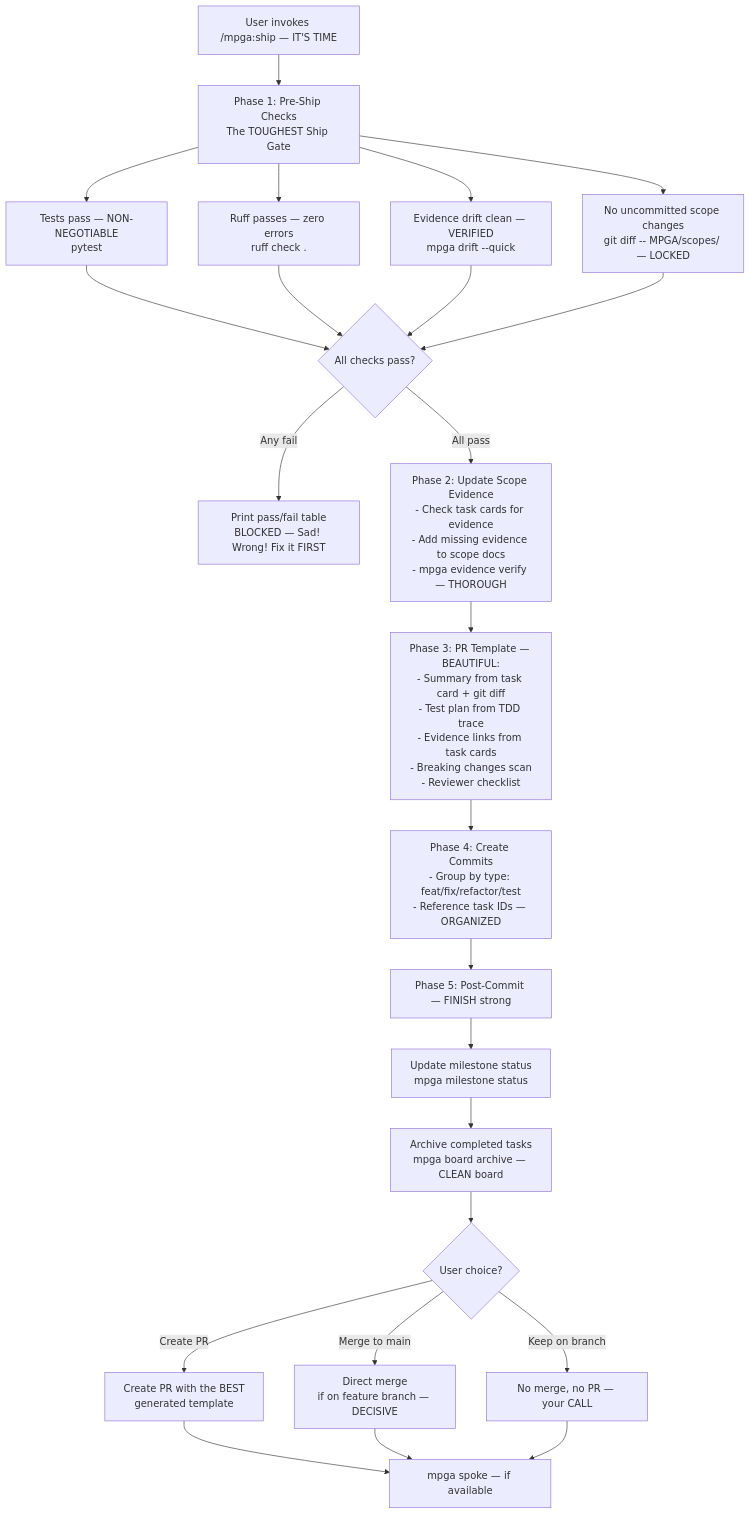
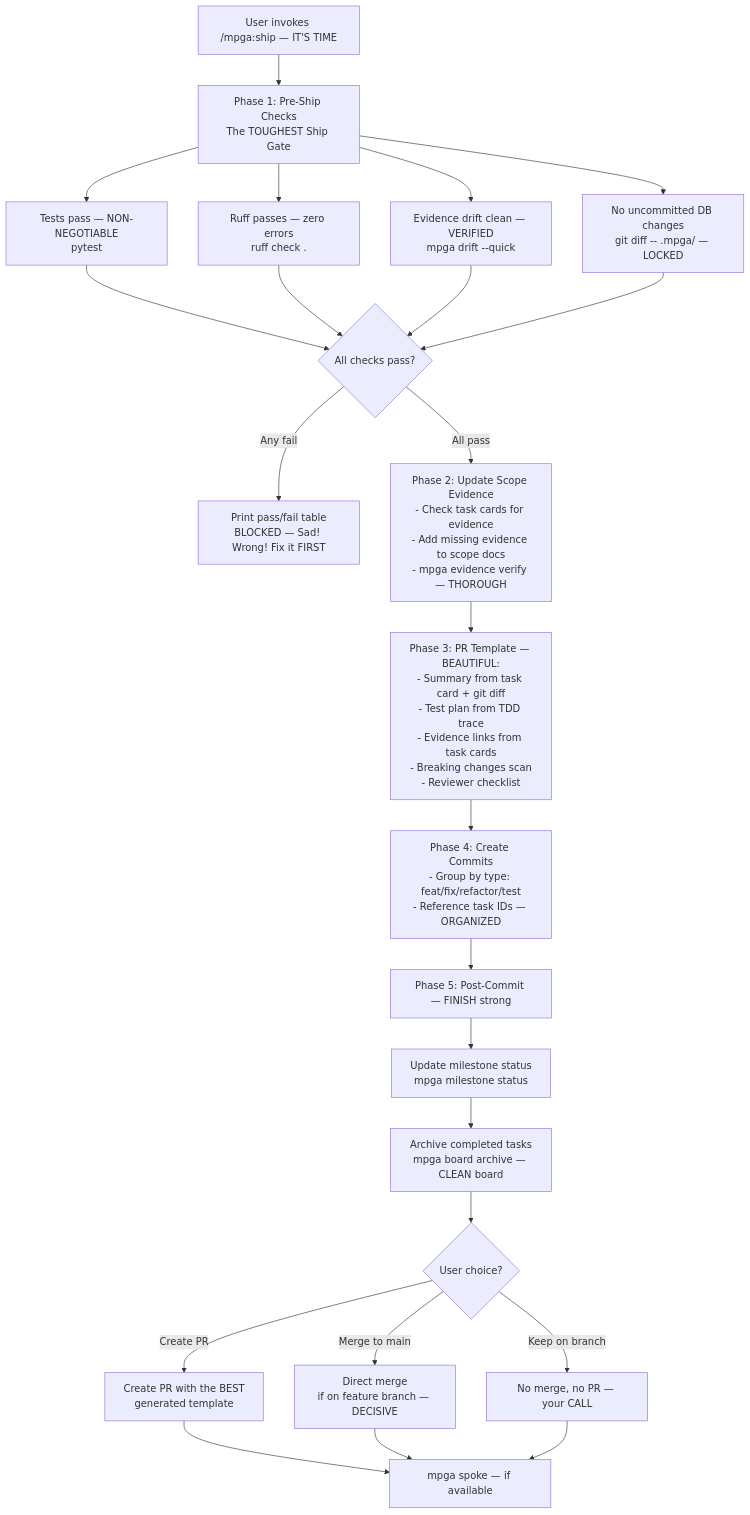
Before and after one commit to benrben/MPGA: the diagram in docs/diagrams/skills/ship.md, drawn with Mermaid. The commit also changed 278 other files, not shown here.

````diff
--- a/docs/diagrams/skills/ship.md
+++ b/docs/diagrams/skills/ship.md
@@ -5,33 +5,33 @@
 ```mermaid
 flowchart TD
     A[User invokes /mpga:ship — IT'S TIME] --> B["Phase 1: Pre-Ship Checks\nThe TOUGHEST Ship Gate"]
 
     B --> C[Tests pass — NON-NEGOTIABLE\npytest]
     B --> D[Ruff passes — zero errors\nruff check .]
     B --> E[Evidence drift clean — VERIFIED\nmpga drift --quick]
-    B --> F["No uncommitted scope changes\ngit diff -- MPGA/scopes/ — LOCKED"]
+    B --> F["No uncommitted DB changes\ngit diff -- .mpga/ — LOCKED"]
 
     C --> H{All checks pass?}
     D --> H
     E --> H
     F --> H
 
     H -->|Any fail| I["Print pass/fail table\nBLOCKED — Sad! Wrong! Fix it FIRST"]
     H -->|All pass| J["Phase 2: Update Scope Evidence\n- Check task cards for evidence\n- Add missing evidence to scope docs\n- mpga evidence verify — THOROUGH"]
 
     J --> K["Phase 3: PR Template — BEAUTIFUL:\n- Summary from task card + git diff\n- Test plan from TDD trace\n- Evidence links from task cards\n- Breaking changes scan\n- Reviewer checklist"]
 
     K --> L["Phase 4: Create Commits\n- Group by type: feat/fix/refactor/test\n- Reference task IDs — ORGANIZED"]
 
     L --> M["Phase 5: Post-Commit — FINISH strong"]
     M --> N[Update milestone status\nmpga milestone status]
     N --> O[Archive completed tasks\nmpga board archive — CLEAN board]
     O --> P{User choice?}
     P -->|Create PR| Q[Create PR with the BEST\ngenerated template]
     P -->|Merge to main| R[Direct merge\nif on feature branch — DECISIVE]
     P -->|Keep on branch| S[No merge, no PR — your CALL]
 
     Q --> T[mpga spoke — if available]
     R --> T
     S --> T
 ```
````
